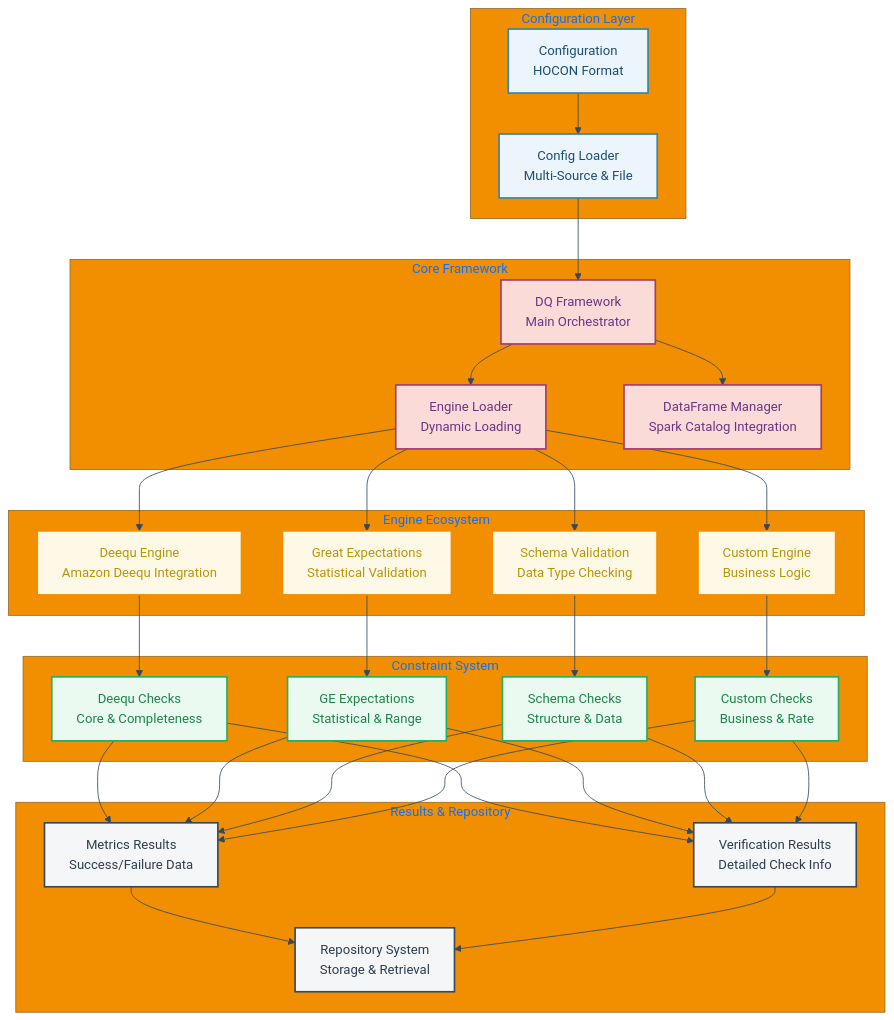
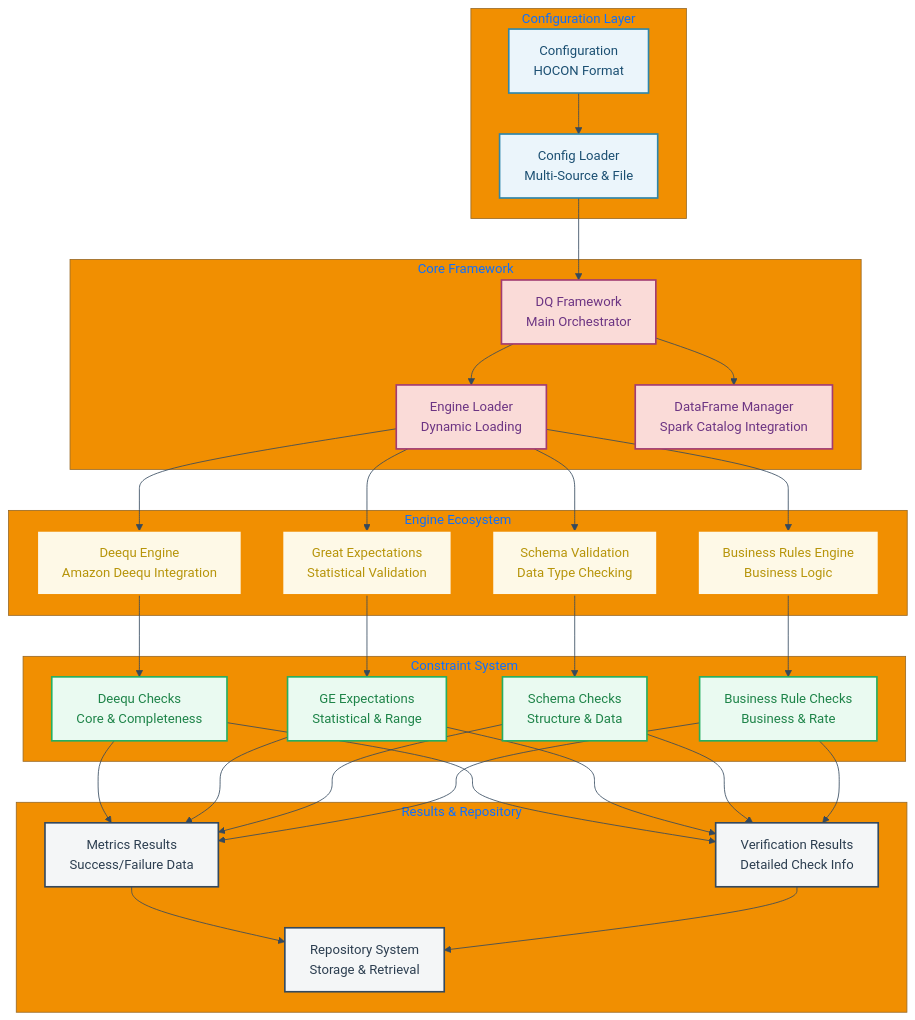
Before and after one commit to anvai-labs/dq-kernel: the diagram in docs/diagrams/framework-overview.mmd, drawn with Mermaid. The commit also changed 26 other files, not shown here.

```diff
--- a/docs/diagrams/framework-overview.mmd
+++ b/docs/diagrams/framework-overview.mmd
@@ -1,73 +1,73 @@
 %%{init: {'theme':'base', 'themeVariables': { 'primaryColor': '#2E86AB', 'primaryTextColor': '#FFFFFF', 'primaryBorderColor': '#1B4F72', 'lineColor': '#34495E', 'secondaryColor': '#A23B72', 'tertiaryColor': '#F18F01', 'background': '#FFFFFF', 'mainBkg': '#EBF5FB', 'secondBkg': '#FADBD8', 'tertiaryBkg': '#FEF9E7'}}}%%
 graph TB
     subgraph "Configuration Layer"
         Config[Configuration<br/>HOCON Format]
         ConfigLoader[Config Loader<br/> Multi-Source & File]
     end
     
     subgraph "Core Framework"
         DQF[DQ Framework<br/>Main Orchestrator]
         EngineLoader[Engine Loader<br/>Dynamic Loading]
         DataFrames[DataFrame Manager<br/>Spark Catalog Integration]
     end
     
     subgraph "Engine Ecosystem"
         DeequEngine[Deequ Engine<br/>Amazon Deequ Integration]
         GEEngine[Great Expectations<br/>Statistical Validation] 
         SchemaEngine[Schema Validation<br/>Data Type Checking]
-        CustomEngine[Custom Engine<br/>Business Logic]
+        BusinessrulesEngine[Business Rules Engine<br/>Business Logic]
     end
     
     subgraph "Constraint System"
         DeequChecks[Deequ Checks<br/>Core & Completeness]
         GEChecks[GE Expectations<br/>Statistical & Range]
         SchemaChecks[Schema Checks<br/>Structure & Data]
-        CustomChecks[Custom Checks<br/>Business & Rate]
+        BusinessrulesChecks[Business Rule Checks<br/>Business & Rate]
     end
     
     subgraph "Results & Repository"
         Metrics[Metrics Results<br/>Success/Failure Data]
         Verifications[Verification Results<br/>Detailed Check Info]
         Repository[Repository System<br/>Storage & Retrieval]
     end
     
     Config --> ConfigLoader
     ConfigLoader --> DQF
     DQF --> EngineLoader
     DQF --> DataFrames
     
     EngineLoader --> DeequEngine
     EngineLoader --> GEEngine
     EngineLoader --> SchemaEngine
-    EngineLoader --> CustomEngine
+    EngineLoader --> BusinessrulesEngine
     
     DeequEngine --> DeequChecks
     GEEngine --> GEChecks
     SchemaEngine --> SchemaChecks
-    CustomEngine --> CustomChecks
+    BusinessrulesEngine --> BusinessrulesChecks
     
     DeequChecks --> Metrics
     GEChecks --> Metrics
     SchemaChecks --> Metrics
-    CustomChecks --> Metrics
+    BusinessrulesChecks --> Metrics
     
     DeequChecks --> Verifications
     GEChecks --> Verifications
     SchemaChecks --> Verifications
-    CustomChecks --> Verifications
+    BusinessrulesChecks --> Verifications
     
     Metrics --> Repository
     Verifications --> Repository
     
     %% Styling
     classDef configLayer fill:#EBF5FB,stroke:#2E86AB,stroke-width:2px,color:#1B4F72
     classDef coreFramework fill:#FADBD8,stroke:#A23B72,stroke-width:2px,color:#6C3483
     classDef engineLayer fill:#FEF9E7,stroke:#F18F01,stroke-width:2px,color:#B7950B
     classDef constraintLayer fill:#EAFAF1,stroke:#27AE60,stroke-width:2px,color:#1E8449
     classDef resultLayer fill:#F4F6F7,stroke:#34495E,stroke-width:2px,color:#2C3E50
     
     class Config,ConfigLoader configLayer
     class DQF,EngineLoader,DataFrames coreFramework
-    class DeequEngine,GEEngine,SchemaEngine,CustomEngine engineLayer
-    class DeequChecks,GEChecks,SchemaChecks,CustomChecks constraintLayer
+    class DeequEngine,GEEngine,SchemaEngine,BusinessrulesEngine engineLayer
+    class DeequChecks,GEChecks,SchemaChecks,BusinessrulesChecks constraintLayer
     class Metrics,Verifications,Repository resultLayer
```
